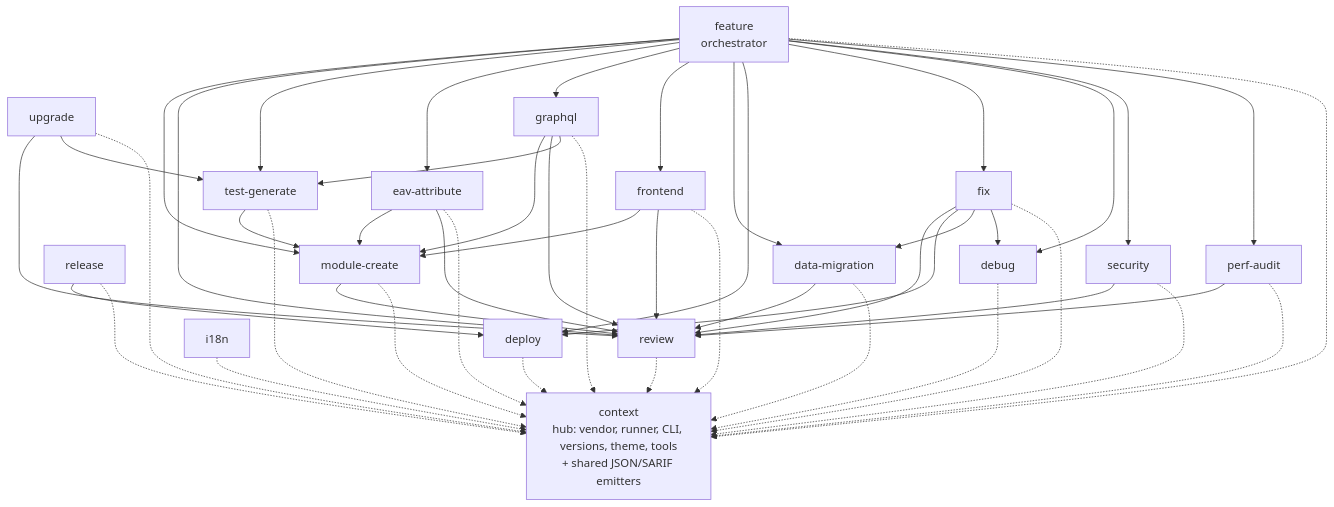
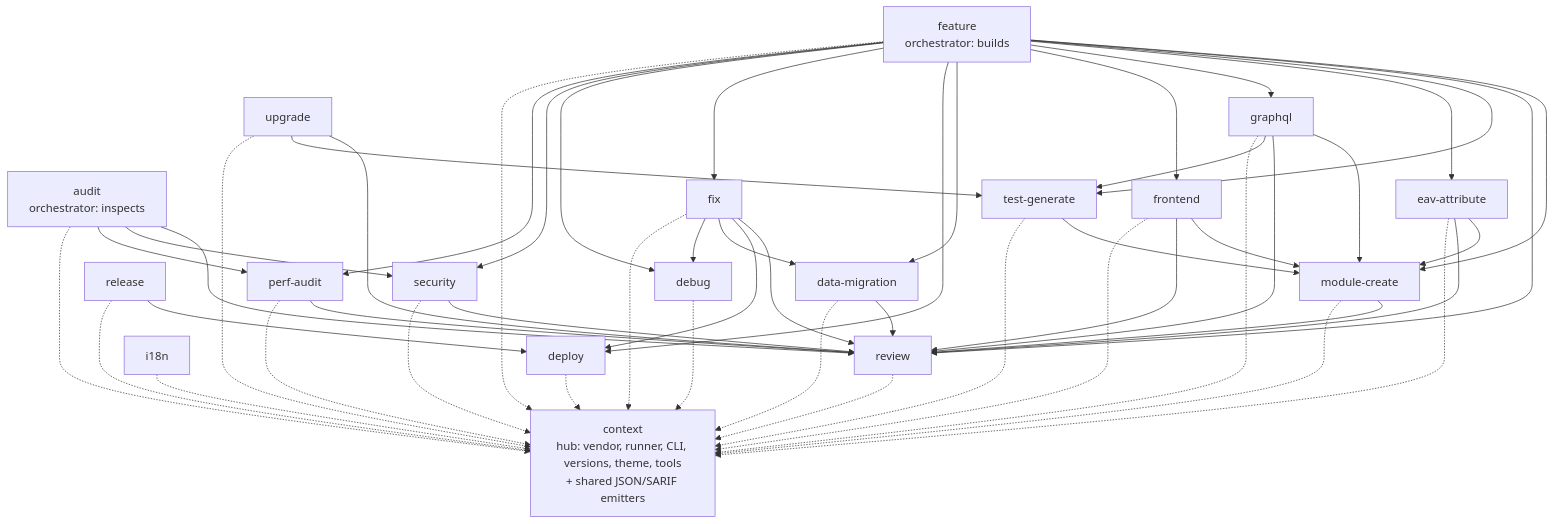
One commit to 5mehulhelp5/magento2-tools-muon-m2 changed the first of 8 diagrams in docs/flows-and-scenarios.md. Above: the diagram before and after it, drawn with Mermaid. The commit also changed other lines of this file and 37 other files, not shown here.

````diff
--- a/docs/flows-and-scenarios.md
+++ b/docs/flows-and-scenarios.md
@@ -14,51 +14,54 @@
 ```mermaid
 graph TD
     CTX[context<br/>hub: vendor, runner, CLI, versions, theme, tools<br/>+ shared JSON/SARIF emitters]
 
-    FI[feature<br/>orchestrator]
+    FI[feature<br/>orchestrator: builds]
+    AUD[audit<br/>orchestrator: inspects]
     BF[fix]
     MC[module-create]
     MR[review]
     TG[test-generate]
     DEP[deploy]
     UPG[upgrade]
     REL[release]
     SEC[security]
     PERF[perf-audit]
     DBG[debug]
     EAV[eav-attribute]
     GQL[graphql]
     FE[frontend]
     DM[data-migration]
     I18N[i18n]
 
     FI --> MC & MR & TG & EAV & GQL & FE & DM & DEP & BF & DBG & SEC & PERF
+    AUD --> MR & SEC & PERF
     BF --> MR & DEP & DM & DBG
     MC --> MR
     UPG --> MR & TG
     REL --> DEP
     SEC --> MR
     PERF --> MR
     EAV --> MC & MR
     GQL --> MC & MR & TG
     FE --> MC & MR
     DM --> MR
     TG --> MC
 
     MC -.-> CTX
     MR -.-> CTX
     FI -.-> CTX
+    AUD -.-> CTX
     BF -.-> CTX
     DEP -.-> CTX
     UPG -.-> CTX
     REL -.-> CTX
     SEC -.-> CTX
     PERF -.-> CTX
     DBG -.-> CTX
     EAV -.-> CTX
     GQL -.-> CTX
     FE -.-> CTX
     DM -.-> CTX
     I18N -.-> CTX
     TG -.-> CTX
 ```
````
